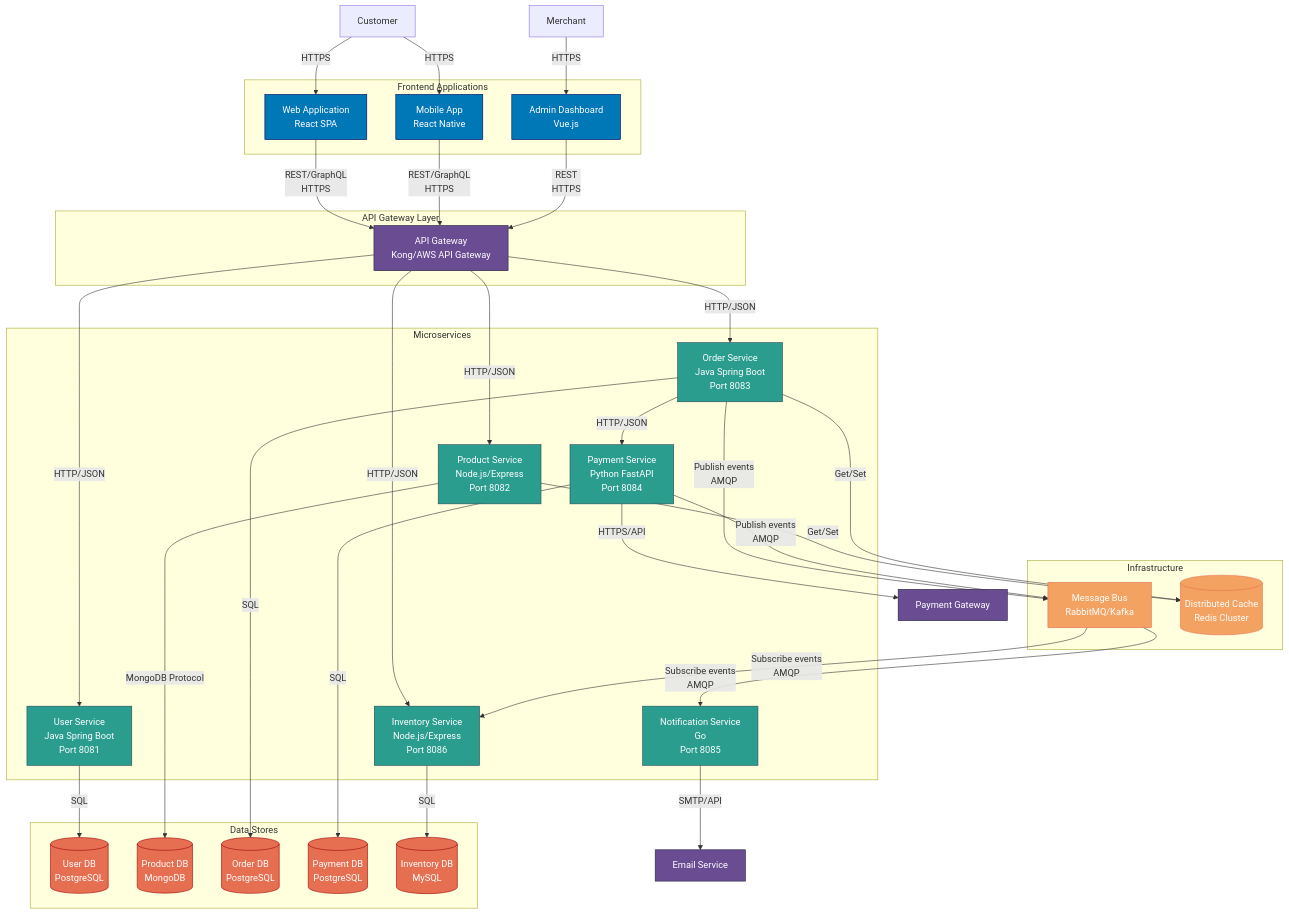
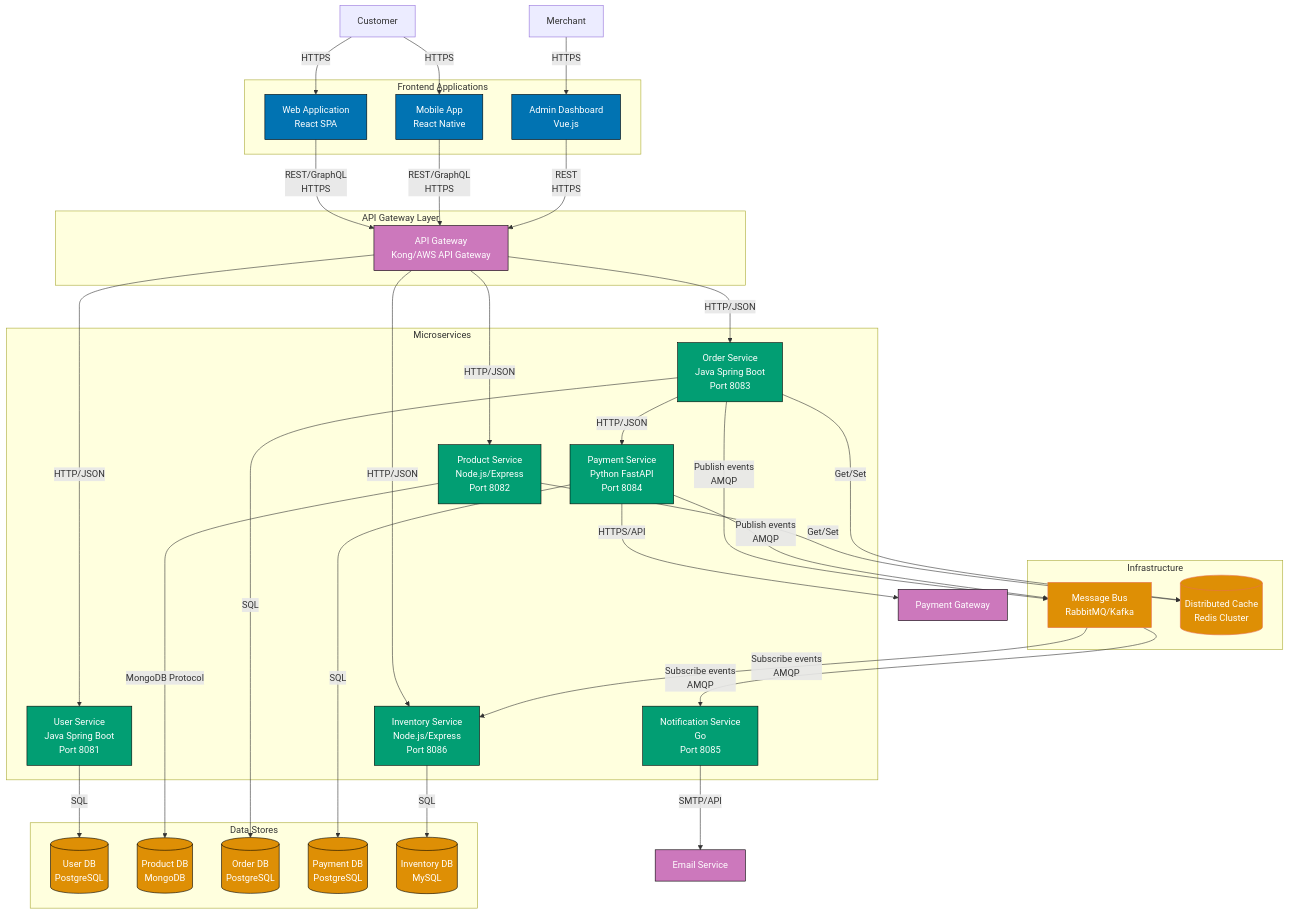
One commit to wahidyankf/open-sharia-enterprise changed the second of 12 diagrams in docs/explanation/ex__c4-architecture-model.md. Above: the diagram before and after it, drawn with Mermaid. The commit also changed other lines of this file, not shown here.

First line of the commit message:
docs(explanation): enhance C4 architecture model with official guidance

````diff
--- a/docs/explanation/ex__c4-architecture-model.md
+++ b/docs/explanation/ex__c4-architecture-model.md
@@ -300,23 +300,23 @@
     PAYMENT_SVC -->|HTTPS/API| PAYMENT_EXT
     NOTIFICATION_SVC -->|SMTP/API| EMAIL_EXT
 
-    style WEB fill:#0077b6,stroke:#03045e,color:#ffffff
-    style MOBILE fill:#0077b6,stroke:#03045e,color:#ffffff
-    style ADMIN_UI fill:#0077b6,stroke:#03045e,color:#ffffff
-    style API_GW fill:#6a4c93,stroke:#22223b,color:#ffffff
-    style USER_SVC fill:#2a9d8f,stroke:#264653,color:#ffffff
-    style PRODUCT_SVC fill:#2a9d8f,stroke:#264653,color:#ffffff
-    style ORDER_SVC fill:#2a9d8f,stroke:#264653,color:#ffffff
-    style PAYMENT_SVC fill:#2a9d8f,stroke:#264653,color:#ffffff
-    style NOTIFICATION_SVC fill:#2a9d8f,stroke:#264653,color:#ffffff
-    style INVENTORY_SVC fill:#2a9d8f,stroke:#264653,color:#ffffff
-    style MESSAGE_BUS fill:#f4a261,stroke:#e76f51,color:#ffffff
-    style CACHE fill:#f4a261,stroke:#e76f51,color:#ffffff
-    style USER_DB fill:#e76f51,stroke:#9d0208,color:#ffffff
-    style PRODUCT_DB fill:#e76f51,stroke:#9d0208,color:#ffffff
-    style ORDER_DB fill:#e76f51,stroke:#9d0208,color:#ffffff
-    style PAYMENT_DB fill:#e76f51,stroke:#9d0208,color:#ffffff
-    style INVENTORY_DB fill:#e76f51,stroke:#9d0208,color:#ffffff
-    style PAYMENT_EXT fill:#6a4c93,stroke:#22223b,color:#ffffff
-    style EMAIL_EXT fill:#6a4c93,stroke:#22223b,color:#ffffff
+    style WEB fill:#0173B2,stroke:#000000,color:#ffffff
+    style MOBILE fill:#0173B2,stroke:#000000,color:#ffffff
+    style ADMIN_UI fill:#0173B2,stroke:#000000,color:#ffffff
+    style API_GW fill:#CC78BC,stroke:#000000,color:#ffffff
+    style USER_SVC fill:#029E73,stroke:#000000,color:#ffffff
+    style PRODUCT_SVC fill:#029E73,stroke:#000000,color:#ffffff
+    style ORDER_SVC fill:#029E73,stroke:#000000,color:#ffffff
+    style PAYMENT_SVC fill:#029E73,stroke:#000000,color:#ffffff
+    style NOTIFICATION_SVC fill:#029E73,stroke:#000000,color:#ffffff
+    style INVENTORY_SVC fill:#029E73,stroke:#000000,color:#ffffff
+    style MESSAGE_BUS fill:#DE8F05,stroke:#e76f51,color:#ffffff
+    style CACHE fill:#DE8F05,stroke:#e76f51,color:#ffffff
+    style USER_DB fill:#DE8F05,stroke:#000000,color:#ffffff
+    style PRODUCT_DB fill:#DE8F05,stroke:#000000,color:#ffffff
+    style ORDER_DB fill:#DE8F05,stroke:#000000,color:#ffffff
+    style PAYMENT_DB fill:#DE8F05,stroke:#000000,color:#ffffff
+    style INVENTORY_DB fill:#DE8F05,stroke:#000000,color:#ffffff
+    style PAYMENT_EXT fill:#CC78BC,stroke:#000000,color:#ffffff
+    style EMAIL_EXT fill:#CC78BC,stroke:#000000,color:#ffffff
 ```
````
